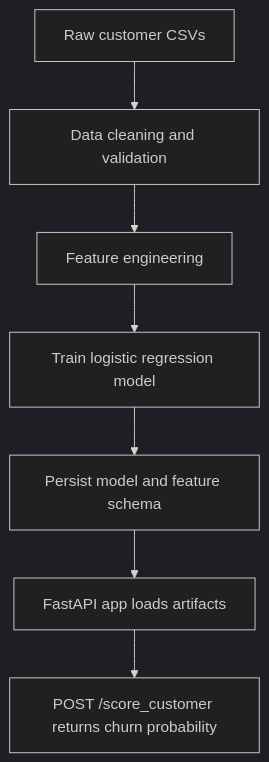
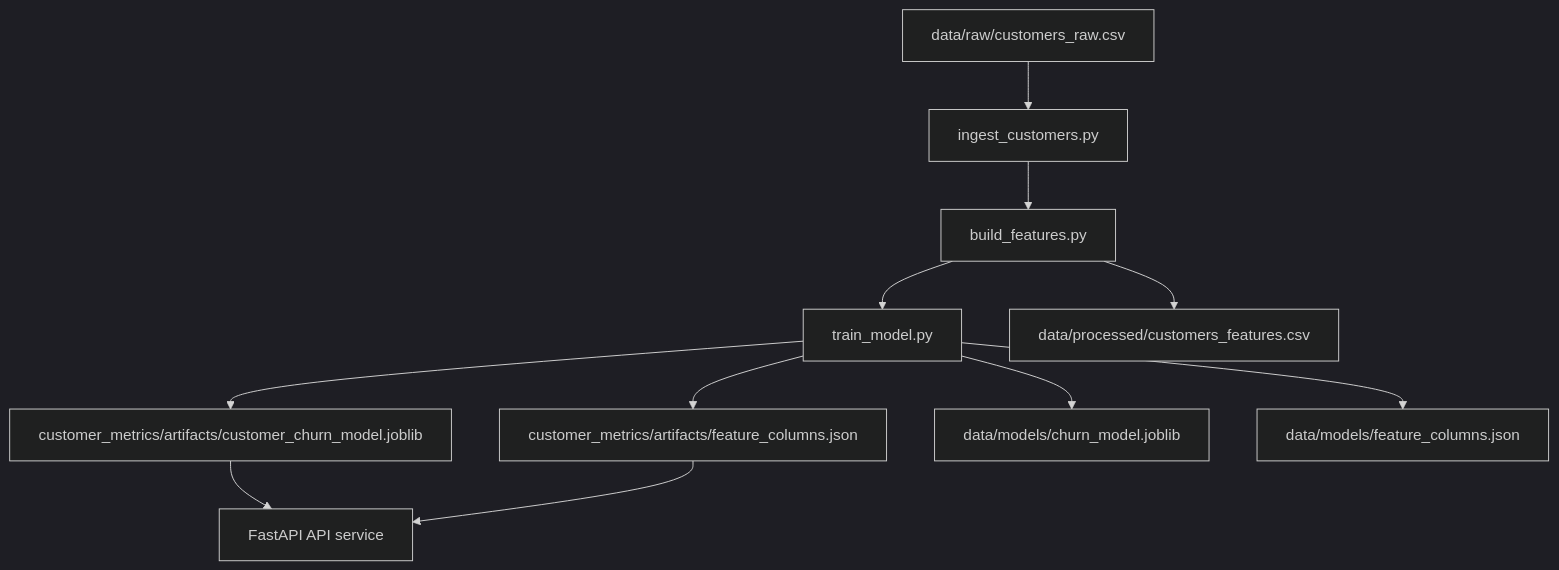
The diagram in Python Project 4/Customer Metrics Pipeline & API/README.md (jdoan5/Python), drawn with Mermaid (dark theme) before and after one commit. The commit also changed other lines of this file and 20 other files, not shown here.

````diff
--- a/Python Project 4/Customer Metrics Pipeline & API/README.md
+++ b/Python Project 4/Customer Metrics Pipeline & API/README.md
@@ -14,17 +56,13 @@
 ```mermaid
 flowchart TD
-    A[Raw customer CSVs]
-    B[Data cleaning and validation]
-    C[Feature engineering]
-    D[Train logistic regression model]
-    E[Persist model and feature schema]
-    F[FastAPI app loads artifacts]
-    G[POST /score_customer returns churn probability]
-    
-    A --> B
-    B --> C
-    C --> D
-    D --> E
-    E --> F
-    F --> G
+  A[data/raw/customers_raw.csv] --> B[ingest_customers.py]
+  B --> C[build_features.py]
+  C --> D[train_model.py]
+  D --> E[customer_metrics/artifacts/customer_churn_model.joblib]
+  D --> F[customer_metrics/artifacts/feature_columns.json]
+  C --> G[data/processed/customers_features.csv]
+  D --> H[data/models/churn_model.joblib]
+  D --> I[data/models/feature_columns.json]
+  E --> J[FastAPI API service]
+  F --> J
 ```
````
